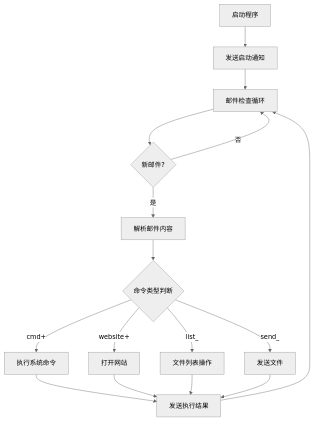
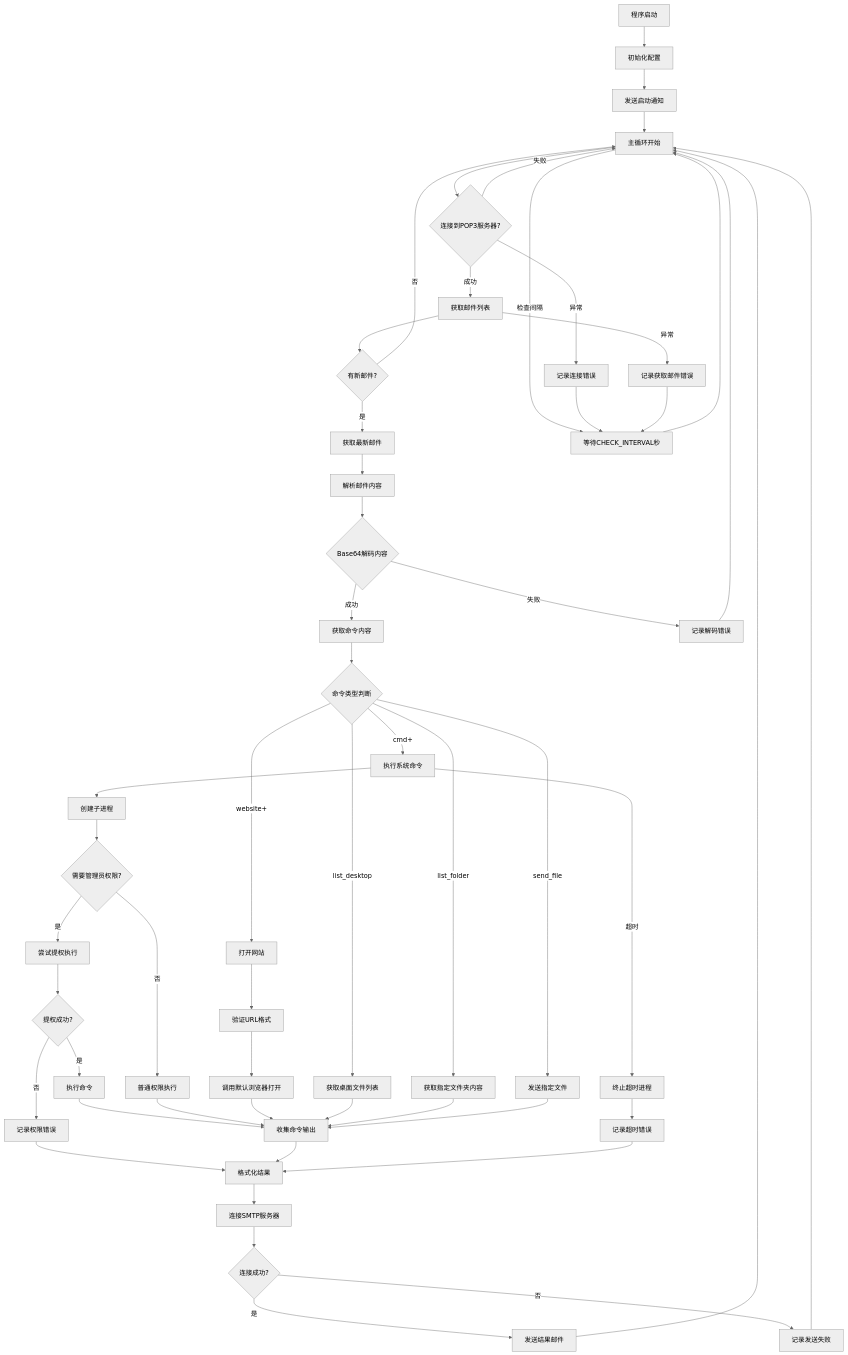
Before and after one commit to H2O-ME/E-control: the diagram in README.md, drawn with Mermaid (neutral theme).

````diff
--- a/README.md
+++ b/README.md
@@ -9,18 +9,71 @@
 ```mermaid
 graph TD
-    A[启动程序] --> B[发送启动通知]
-    B --> C[邮件检查循环]
-    C --> D{新邮件?}
-    D -->|是| E[解析邮件内容]
-    D -->|否| C
-    E --> F{命令类型判断}
-    F -->|cmd+| G[执行系统命令]
-    F -->|website+| H[打开网站]
-    F -->|list_| I[文件列表操作]
-    F -->|send_| J[发送文件]
-    G --> K[发送执行结果]
-    H --> K
-    I --> K
-    J --> K
-    K --> C
+    A[程序启动] --> B[初始化配置]
+    B --> C[发送启动通知]
+    C --> D[主循环开始]
+    D --> E{连接到POP3服务器?}
+    E -->|成功| F[获取邮件列表]
+    E -->|失败| D
+    F --> G{有新邮件?}
+    G -->|是| H[获取最新邮件]
+    G -->|否| D
+    H --> I[解析邮件内容]
+    I --> J{Base64解码内容}
+    J -->|成功| K[获取命令内容]
+    J -->|失败| L[记录解码错误]
+    L --> D
+    K --> M{命令类型判断}
+    
+    %% 命令处理分支
+    M -->|cmd+| N[执行系统命令]
+    N --> O[创建子进程]
+    O --> P{需要管理员权限?}
+    P -->|是| Q[尝试提权执行]
+    P -->|否| R[普通权限执行]
+    Q --> S{提权成功?}
+    S -->|是| T[执行命令]
+    S -->|否| U[记录权限错误]
+    
+    M -->|website+| V[打开网站]
+    V --> W[验证URL格式]
+    W --> X[调用默认浏览器打开]
+    
+    M -->|list_desktop| Y[获取桌面文件列表]
+    M -->|list_folder| Z[获取指定文件夹内容]
+    M -->|send_file| AA[发送指定文件]
+    
+    %% 结果处理
+    T --> AB[收集命令输出]
+    R --> AB
+    X --> AB
+    Y --> AB
+    Z --> AB
+    AA --> AB
+    
+    %% 错误处理
+    U --> AC
+    
+    %% 结果发送
+    AB --> AC[格式化结果]
+    AC --> AD[连接SMTP服务器]
+    AD --> AE{连接成功?}
+    AE -->|是| AF[发送结果邮件]
+    AE -->|否| AG[记录发送失败]
+    AG --> D
+    AF --> D
+    
+    %% 超时处理
+    N -->|超时| AH[终止超时进程]
+    AH --> AI[记录超时错误]
+    AI --> AC
+    
+    %% 循环控制
+    D -->|检查间隔| AJ[等待CHECK_INTERVAL秒]
+    AJ --> D
+    
+    %% 异常处理
+    E -->|异常| AK[记录连接错误]
+    AK --> AJ
+    F -->|异常| AL[记录获取邮件错误]
+    AL --> AJ
 ```
````
